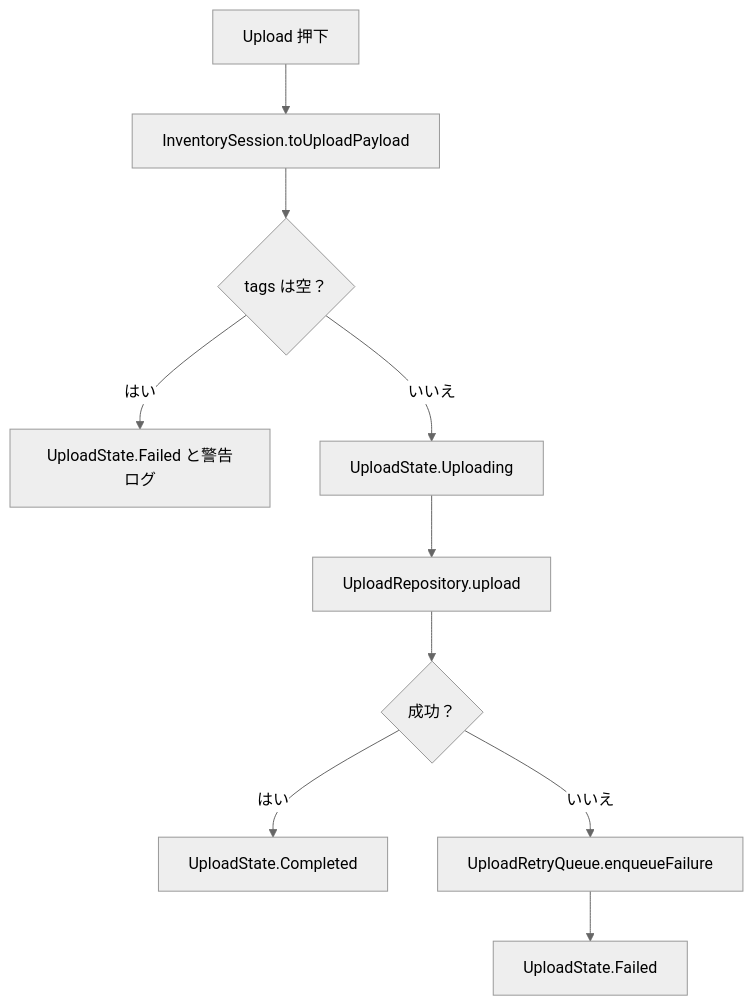
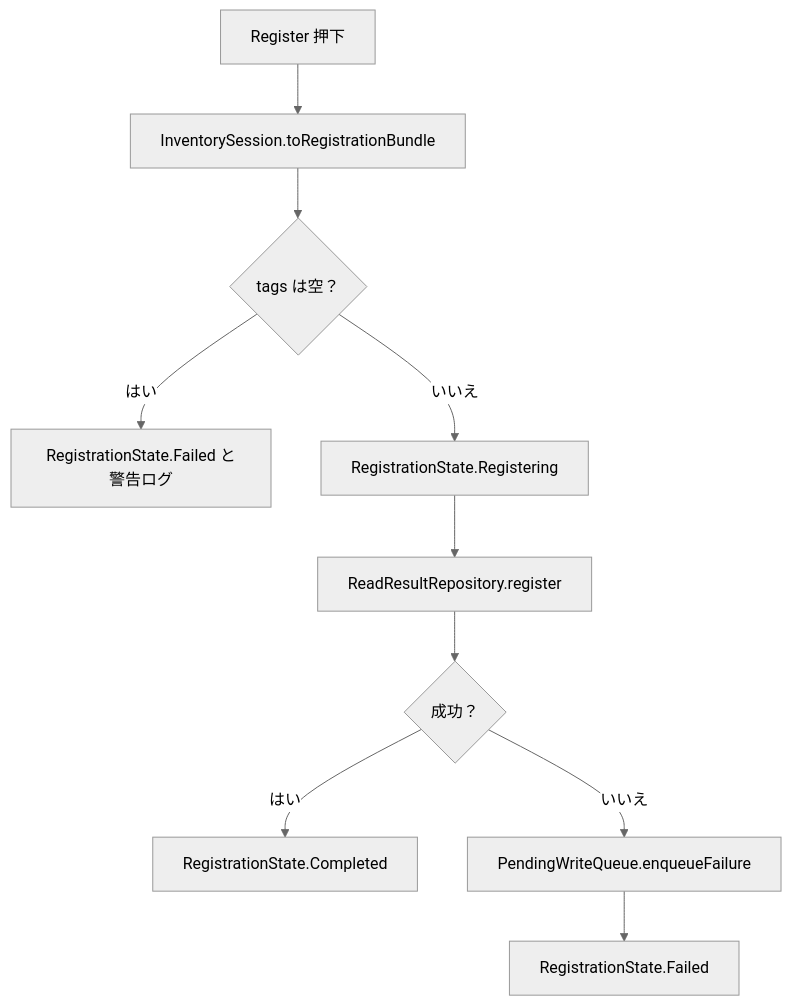
One commit to kuroronrobins/TraceLink changed the third of 3 diagrams in AndroidStudio/RP902App/docs/onboarding/03_処理フロー.md. Above: the diagram before and after it, drawn with Mermaid (neutral theme). The commit also changed other lines of this file and 83 other files, not shown here.

````diff
--- a/AndroidStudio/RP902App/docs/onboarding/03_処理フロー.md
+++ b/AndroidStudio/RP902App/docs/onboarding/03_処理フロー.md
@@ -94,12 +51,12 @@
 ```mermaid
 flowchart TD
-    A["Upload 押下"] --> B["InventorySession.toUploadPayload"]
+    A["Register 押下"] --> B["InventorySession.toRegistrationBundle"]
     B --> C{"tags は空？"}
-    C -- "はい" --> D["UploadState.Failed と警告ログ"]
-    C -- "いいえ" --> E["UploadState.Uploading"]
-    E --> F["UploadRepository.upload"]
+    C -- "はい" --> D["RegistrationState.Failed と警告ログ"]
+    C -- "いいえ" --> E["RegistrationState.Registering"]
+    E --> F["ReadResultRepository.register"]
     F --> G{"成功？"}
-    G -- "はい" --> H["UploadState.Completed"]
-    G -- "いいえ" --> I["UploadRetryQueue.enqueueFailure"]
-    I --> J["UploadState.Failed"]
+    G -- "はい" --> H["RegistrationState.Completed"]
+    G -- "いいえ" --> I["PendingWriteQueue.enqueueFailure"]
+    I --> J["RegistrationState.Failed"]
 ```
````
